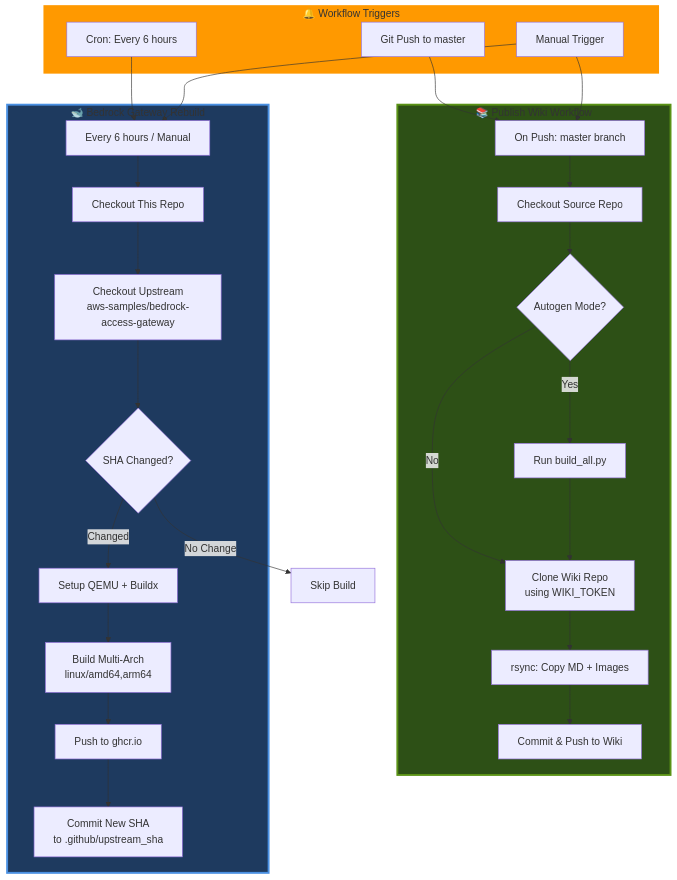
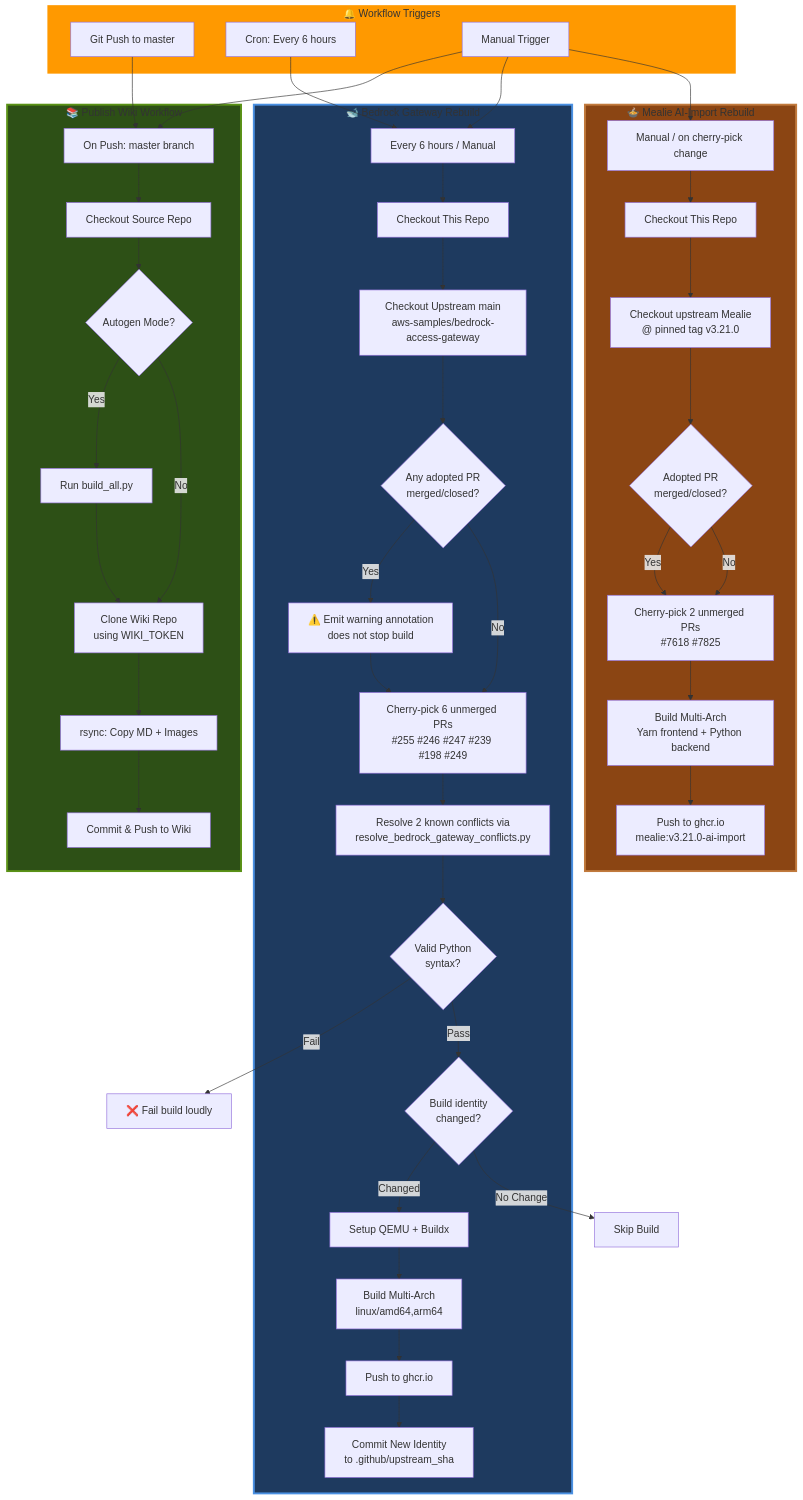
One commit to seadogger-tech/seadogger-homelab changed the first of 5 diagrams in docs/wiki/15-CI-CD-and-GitHub-Actions.md. Above: the diagram before and after it, drawn with Mermaid. The commit also changed other lines of this file, not shown here.

````diff
--- a/docs/wiki/15-CI-CD-and-GitHub-Actions.md
+++ b/docs/wiki/15-CI-CD-and-GitHub-Actions.md
@@ -39,18 +39,34 @@
     subgraph BedrockFlow["🐋 Bedrock Gateway Rebuild"]
         BedrockTrigger[Every 6 hours / Manual]
         Checkout2[Checkout This Repo]
-        CheckUpstream[Checkout Upstream<br/>aws-samples/bedrock-access-gateway]
-        CompareSSHA{SHA Changed?}
+        CheckUpstream[Checkout Upstream main<br/>aws-samples/bedrock-access-gateway]
+        PRStatus{Any adopted PR<br/>merged/closed?}
+        WarnPR[⚠️ Emit warning annotation<br/>does not stop build]
+        CherryPick[Cherry-pick 6 unmerged PRs<br/>#255 #246 #247 #239 #198 #249]
+        ResolveConflicts[Resolve 2 known conflicts via<br/>resolve_bedrock_gateway_conflicts.py]
+        SyntaxCheck{Valid Python<br/>syntax?}
+        CompareSSHA{Build identity<br/>changed?}
         SetupBuildx[Setup QEMU + Buildx]
         BuildPush[Build Multi-Arch<br/>linux/amd64,arm64]
         PushGHCR[Push to ghcr.io]
-        UpdateSHA[Commit New SHA<br/>to .github/upstream_sha]
+        UpdateSHA[Commit New Identity<br/>to .github/upstream_sha]
+    end
+
+    subgraph MealieFlow["🍲 Mealie AI-Import Rebuild"]
+        MealieTrigger[Manual / on cherry-pick change]
+        Checkout3[Checkout This Repo]
+        CheckoutTag[Checkout upstream Mealie<br/>@ pinned tag v3.21.0]
+        MealiePRStatus{Adopted PR<br/>merged/closed?}
+        MealieCherryPick[Cherry-pick 2 unmerged PRs<br/>#7618 #7825]
+        MealieBuild[Build Multi-Arch<br/>Yarn frontend + Python backend]
+        MealiePush[Push to ghcr.io<br/>mealie:v3.21.0-ai-import]
     end
 
     Push --> WikiTrigger
     Manual --> WikiTrigger
     Schedule --> BedrockTrigger
     Manual --> BedrockTrigger
+    Manual --> MealieTrigger
 
     WikiTrigger --> Checkout1
     Checkout1 --> BuildCheck
@@ -62,14 +78,30 @@
 
     BedrockTrigger --> Checkout2
     Checkout2 --> CheckUpstream
-    CheckUpstream --> CompareSSHA
+    CheckUpstream --> PRStatus
+    PRStatus -->|Yes| WarnPR
+    PRStatus -->|No| CherryPick
+    WarnPR --> CherryPick
+    CherryPick --> ResolveConflicts
+    ResolveConflicts --> SyntaxCheck
+    SyntaxCheck -->|Fail| BuildFail1[❌ Fail build loudly]
+    SyntaxCheck -->|Pass| CompareSSHA
     CompareSSHA -->|Changed| SetupBuildx
     CompareSSHA -->|No Change| End1[Skip Build]
     SetupBuildx --> BuildPush
     BuildPush --> PushGHCR
     PushGHCR --> UpdateSHA
 
+    MealieTrigger --> Checkout3
+    Checkout3 --> CheckoutTag
+    CheckoutTag --> MealiePRStatus
+    MealiePRStatus -->|Yes| MealieCherryPick
+    MealiePRStatus -->|No| MealieCherryPick
+    MealieCherryPick --> MealieBuild
+    MealieBuild --> MealiePush
+
     style WikiFlow fill:#2d5016,stroke:#5a9216,stroke-width:3px
     style BedrockFlow fill:#1e3a5f,stroke:#4a90e2,stroke-width:3px
+    style MealieFlow fill:#8b4513,stroke:#c17a3d,stroke-width:3px
     style Triggers fill:#ff9900,stroke:#ff9900,stroke-width:3px
 ```
````
